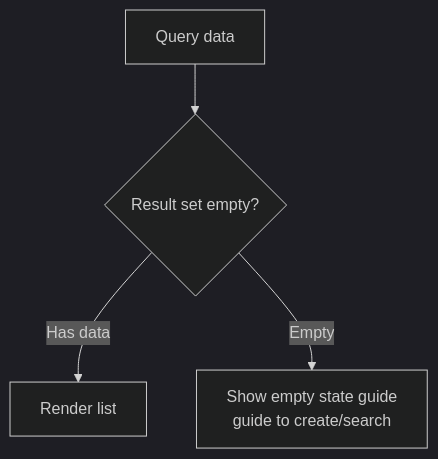
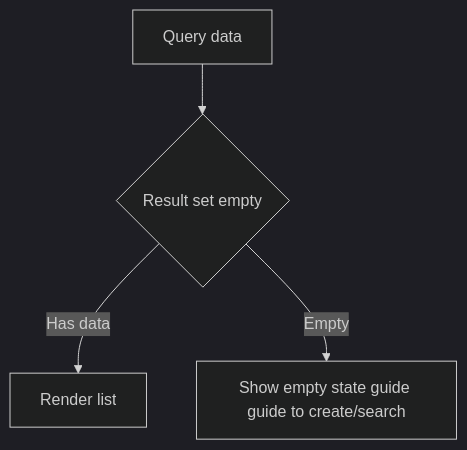
Before and after one commit to sacrtap/Opc_Kit: the fourth of 6 diagrams in create-prd/references/mermaid-rules.md, drawn with Mermaid (dark theme). The commit also changed other lines of this file and 4 other files, not shown here.

First line of the commit message:
feat(create-prd): mermaid cross-engine compatibility, scoring weight fix, mandatory re-scoring

````diff
--- a/create-prd/references/mermaid-rules.md
+++ b/create-prd/references/mermaid-rules.md
@@ -128,6 +129,6 @@
 ```mermaid
 flowchart TD
-    A[Query data] --> B{Result set empty?}
+    A[Query data] --> B{Result set empty}
     B -->|Has data| C[Render list]
-    B -->|Empty| D[Show empty state guide<br/>guide to create/search]
+    B -->|Empty| D[Show empty state guide guide to create/search]
 ```
````
